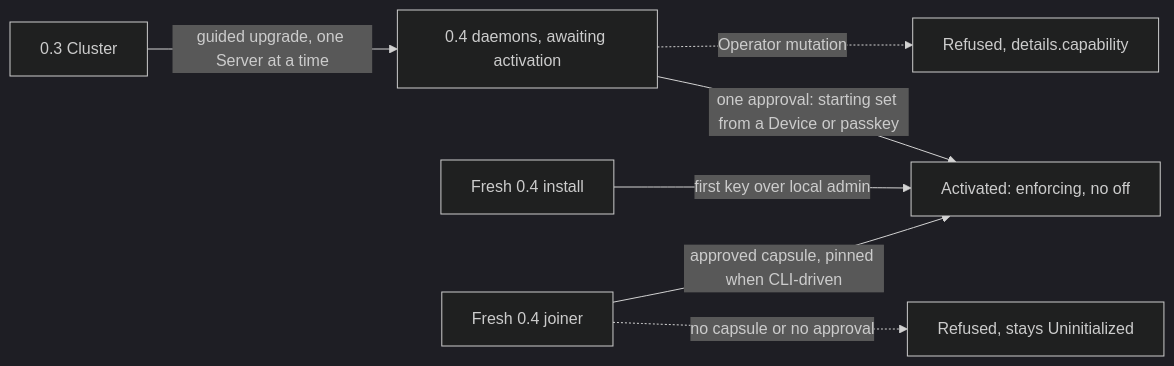
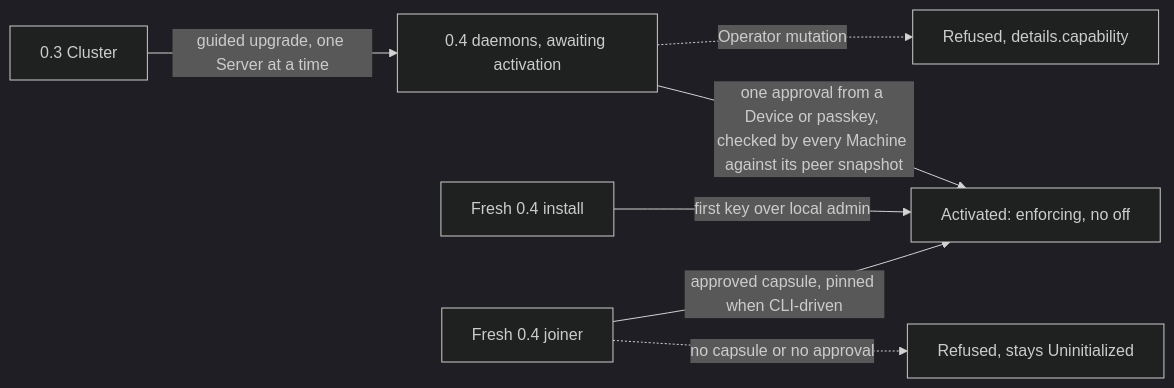
The diagram in docs/agents/plans/security-0.4/f-plan.md (getployz/ployz), drawn with Mermaid (dark theme) before and after one commit. The commit also changed other lines of this file and 1 other file, not shown here.

First line of the commit message:
Record F's operator decisions, pin the starting set's keys, and drive the live matrix from F1's cases

````diff
--- a/docs/agents/plans/security-0.4/f-plan.md
+++ b/docs/agents/plans/security-0.4/f-plan.md
@@ -89,9 +107,9 @@
 ```mermaid
 flowchart LR
   A[0.3 Cluster] -->|guided upgrade, one Server at a time| B[0.4 daemons, awaiting activation]
-  B -->|one approval: starting set from a Device or passkey| C[Activated: enforcing, no off]
+  B -->|one approval from a Device or passkey, checked by every Machine against its peer snapshot| C[Activated: enforcing, no off]
   D[Fresh 0.4 install] -->|first key over local admin| C
   E[Fresh 0.4 joiner] -->|approved capsule, pinned when CLI-driven| C
   B -.->|Operator mutation| R1[Refused, details.capability]
   E -.->|no capsule or no approval| R2[Refused, stays Uninitialized]
 ```
````
